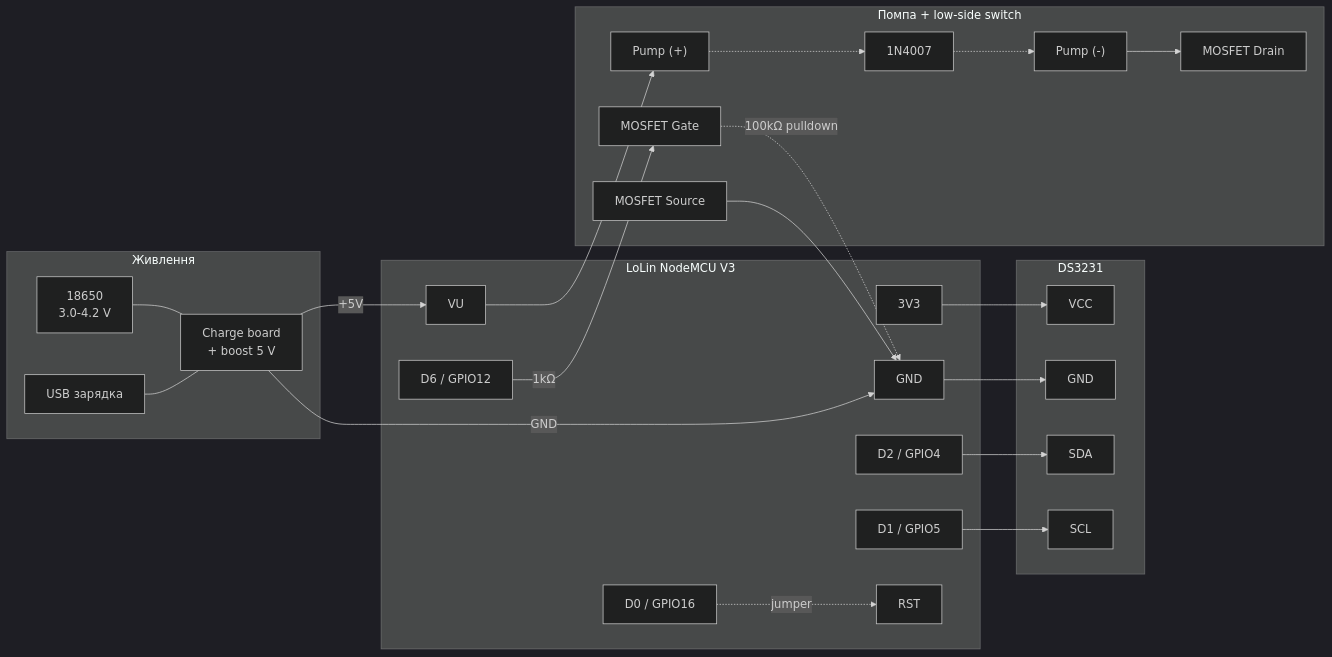
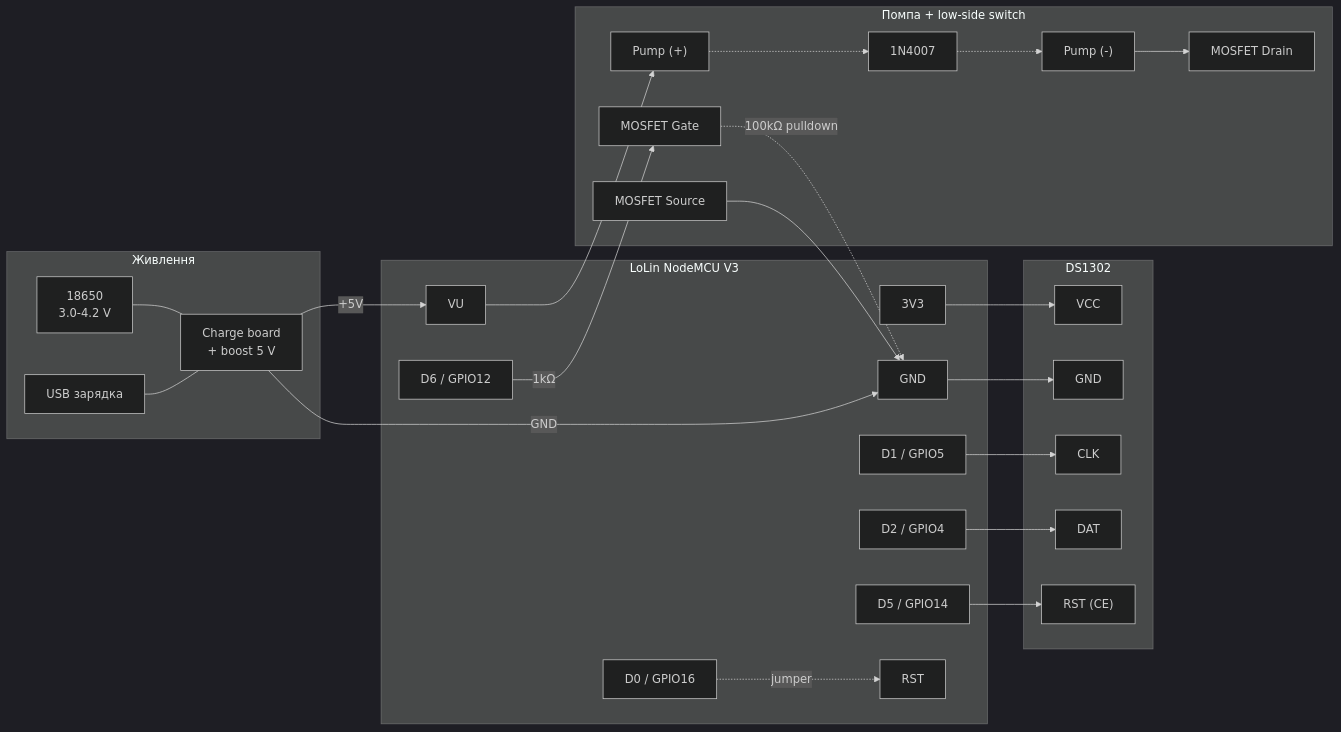
Before and after one commit to OleksandrGonchar/watering: the diagram in README.md, drawn with Mermaid (dark theme). The commit also changed other lines of this file and 5 other files, not shown here.

````diff
--- a/README.md
+++ b/README.md
@@ -65,54 +66,57 @@
 ```mermaid
 flowchart LR
     subgraph PWR["Живлення"]
         BAT["18650<br/>3.0-4.2 V"]
         CHG["Charge board<br/>+ boost 5 V"]
         USB["USB зарядка"]
         BAT --- CHG
         USB --- CHG
     end
 
     subgraph NMCU["LoLin NodeMCU V3"]
         VU["VU"]
         GND["GND"]
         V3V3["3V3"]
         D1["D1 / GPIO5"]
         D2["D2 / GPIO4"]
+        D5["D5 / GPIO14"]
         D6["D6 / GPIO12"]
         D0["D0 / GPIO16"]
         RST["RST"]
     end
 
-    subgraph RTC_["DS3231"]
+    subgraph RTC_["DS1302"]
         rVCC["VCC"]
         rGND["GND"]
-        rSDA["SDA"]
-        rSCL["SCL"]
+        rCLK["CLK"]
+        rDAT["DAT"]
+        rRST["RST (CE)"]
     end
 
     subgraph PUMP_["Помпа + low-side switch"]
         Pp["Pump (+)"]
         Pm["Pump (-)"]
         Diode["1N4007"]
         Mg["MOSFET Gate"]
         Md["MOSFET Drain"]
         Ms["MOSFET Source"]
     end
 
     CHG -->|"+5V"| VU
     CHG -->|GND| GND
     D0 -.->|"jumper"| RST
 
     V3V3 --> rVCC
     GND --> rGND
-    D2 --> rSDA
-    D1 --> rSCL
+    D1 --> rCLK
+    D2 --> rDAT
+    D5 --> rRST
 
     D6 -->|"1kΩ"| Mg
     Mg -.->|"100kΩ pulldown"| GND
     Ms --> GND
     VU --> Pp
     Pm --> Md
     Pp -.-> Diode
     Diode -.-> Pm
 ```
````
